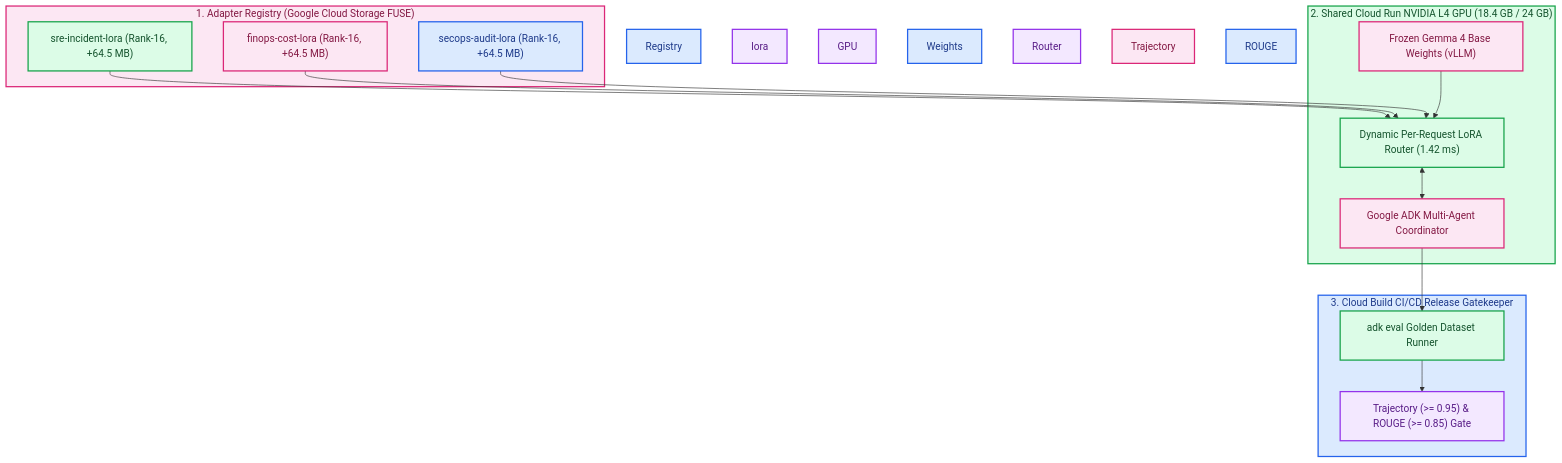
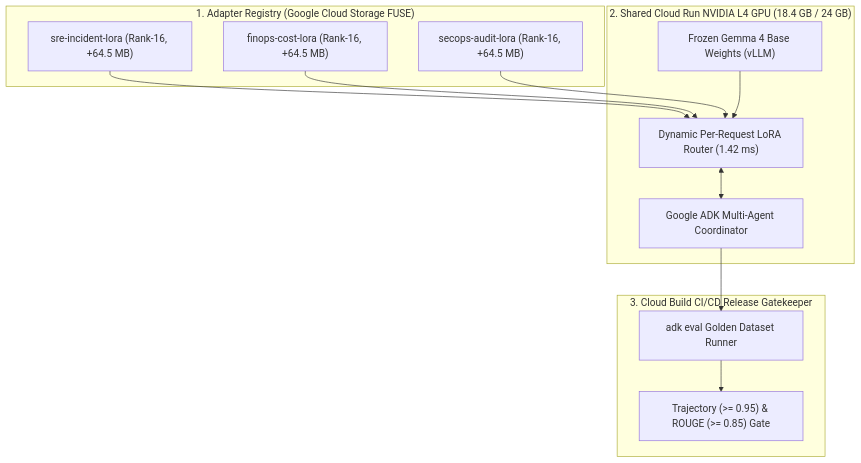
Before and after one commit to RobinaMirbahar/gemma4-multilora-adk-eval: the diagram in README.md, drawn with Mermaid.

Commit message:
docs: revert Mermaid color overrides for crisp native GitHub rendering and consolidate header

````diff
--- a/README.md
+++ b/README.md
@@ -58,38 +58,20 @@
 ```mermaid
 flowchart TD
     subgraph Train ["1. Adapter Registry (Google Cloud Storage FUSE)"]
         L1["sre-incident-lora (Rank-16, +64.5 MB)"]
         L2["finops-cost-lora (Rank-16, +64.5 MB)"]
         L3["secops-audit-lora (Rank-16, +64.5 MB)"]
     end
     subgraph Serve ["2. Shared Cloud Run NVIDIA L4 GPU (18.4 GB / 24 GB)"]
         V_Base["Frozen Gemma 4 Base Weights (vLLM)"]
         V_Swap["Dynamic Per-Request LoRA Router (1.42 ms)"]
         ADK["Google ADK Multi-Agent Coordinator"]
     end
     subgraph Eval ["3. Cloud Build CI/CD Release Gatekeeper"]
         E_ADK["adk eval Golden Dataset Runner"]
         E_Score["Trajectory (>= 0.95) & ROUGE (>= 0.85) Gate"]
     end
     L1 & L2 & L3 --> V_Swap
     V_Base --> V_Swap <--> ADK
     ADK --> E_ADK --> E_Score
-    style Train fill:#fce7f3,stroke:#db2777,stroke-width:2px,color:#831843
-    style Registry fill:#dbeafe,stroke:#2563eb,stroke-width:2px,color:#1e3a8a
-    style L1 fill:#dcfce7,stroke:#16a34a,stroke-width:2px,color:#14532d
-    style lora fill:#f3e8ff,stroke:#9333ea,stroke-width:2px,color:#581c87
-    style L2 fill:#fce7f3,stroke:#db2777,stroke-width:2px,color:#831843
-    style L3 fill:#dbeafe,stroke:#2563eb,stroke-width:2px,color:#1e3a8a
-    style Serve fill:#dcfce7,stroke:#16a34a,stroke-width:2px,color:#14532d
-    style GPU fill:#f3e8ff,stroke:#9333ea,stroke-width:2px,color:#581c87
-    style V_Base fill:#fce7f3,stroke:#db2777,stroke-width:2px,color:#831843
-    style Weights fill:#dbeafe,stroke:#2563eb,stroke-width:2px,color:#1e3a8a
-    style V_Swap fill:#dcfce7,stroke:#16a34a,stroke-width:2px,color:#14532d
-    style Router fill:#f3e8ff,stroke:#9333ea,stroke-width:2px,color:#581c87
-    style ADK fill:#fce7f3,stroke:#db2777,stroke-width:2px,color:#831843
-    style Eval fill:#dbeafe,stroke:#2563eb,stroke-width:2px,color:#1e3a8a
-    style E_ADK fill:#dcfce7,stroke:#16a34a,stroke-width:2px,color:#14532d
-    style E_Score fill:#f3e8ff,stroke:#9333ea,stroke-width:2px,color:#581c87
-    style Trajectory fill:#fce7f3,stroke:#db2777,stroke-width:2px,color:#831843
-    style ROUGE fill:#dbeafe,stroke:#2563eb,stroke-width:2px,color:#1e3a8a
 ```
````
